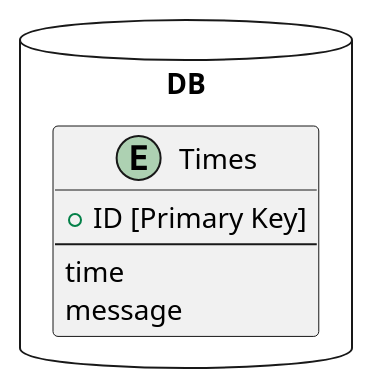
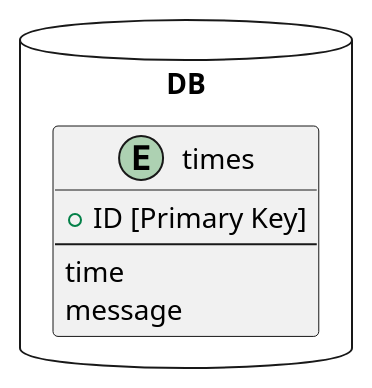
One commit to gatakaba/times changed the third of 3 diagrams in docs/times.md. Above: the diagram before and after it, drawn with PlantUML. The commit also changed other lines of this file, not shown here.

````diff
--- a/docs/times.md
+++ b/docs/times.md
@@ -26,10 +28,10 @@
 ```plantuml
 package DB as ext <<Database>> {
-    entity "Times" {
+    entity "times" {
         + ID [Primary Key]
         --
         time
         message
     }
 }
 ```
````
